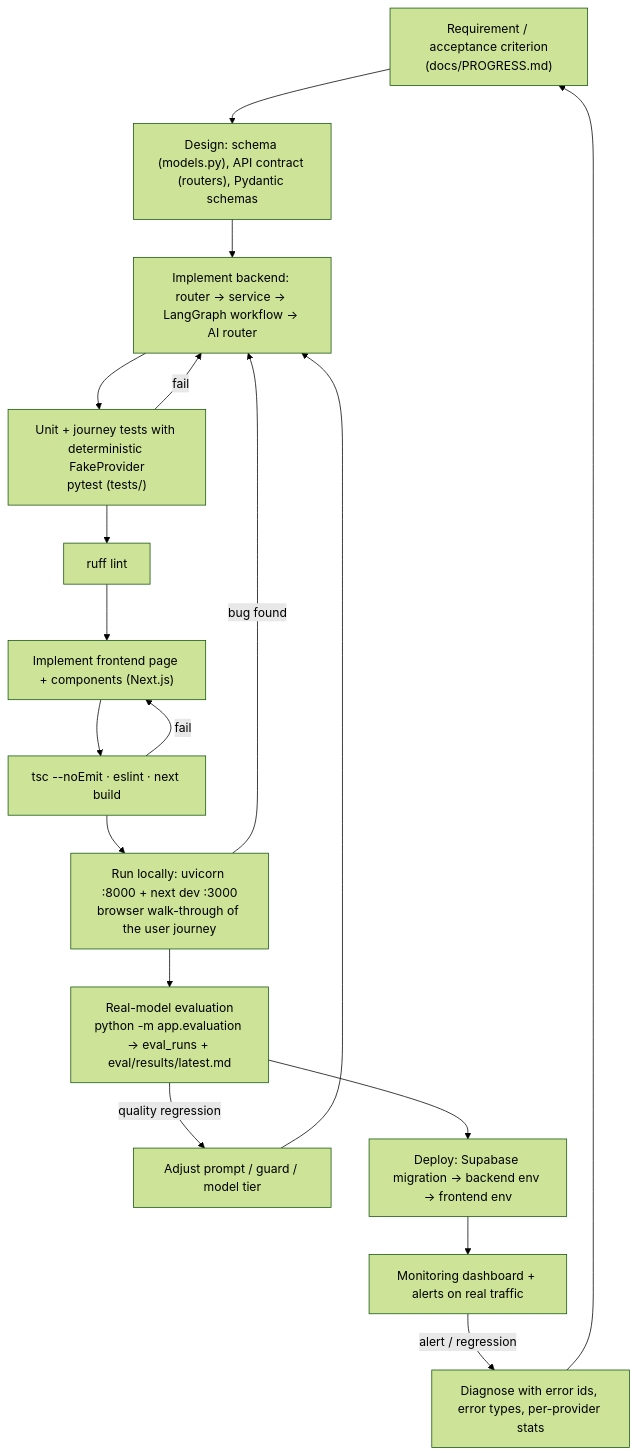
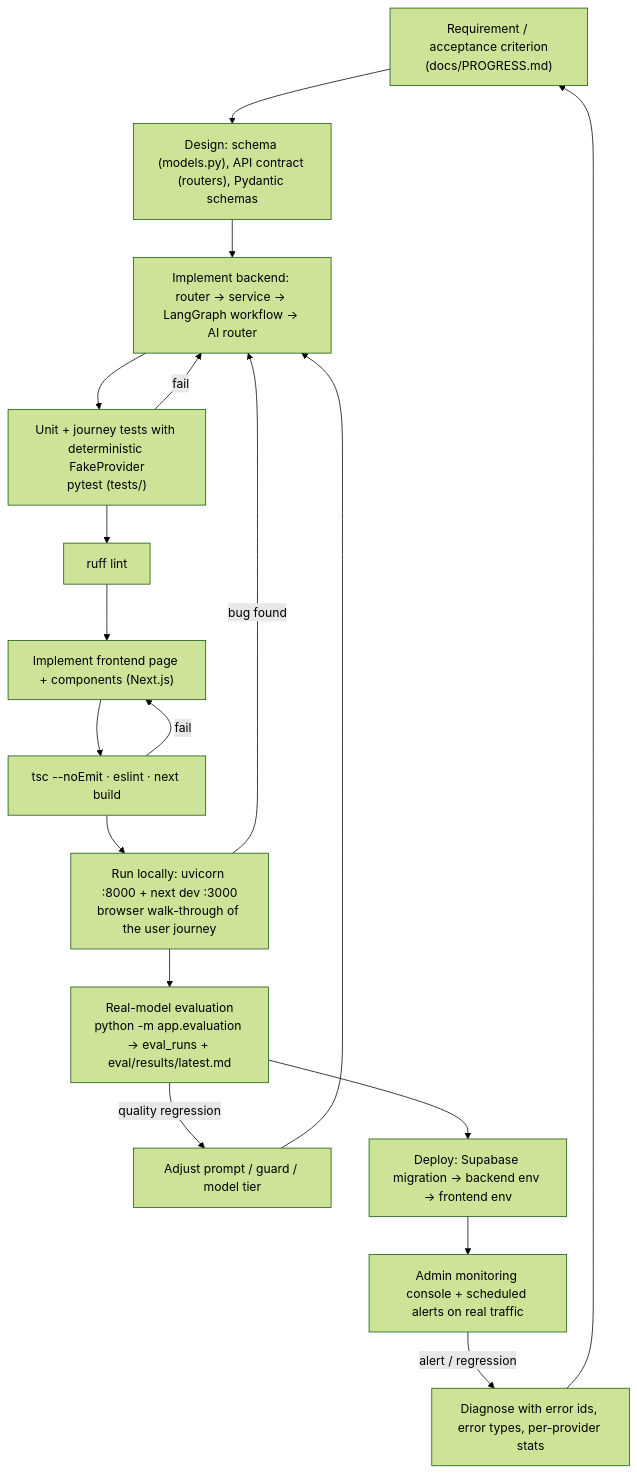
One commit to Nadaalnashwan/wasl changed the second of 2 diagrams in docs/ARCHITECTURE.md. Above: the diagram before and after it, drawn with Mermaid (forest theme). The commit also changed other lines of this file and 50 other files, not shown here.

First line of the commit message:
Fix root causes found by eval v2; admin console; v2 docs

````diff
--- a/docs/ARCHITECTURE.md
+++ b/docs/ARCHITECTURE.md
@@ -134,18 +136,18 @@
 ```mermaid
 flowchart TD
   A["Requirement / acceptance criterion<br/>(docs/PROGRESS.md)"] --> B["Design: schema (models.py), API contract (routers), Pydantic schemas"]
   B --> C["Implement backend: router → service → LangGraph workflow → AI router"]
   C --> D["Unit + journey tests with deterministic FakeProvider<br/>pytest (tests/)"]
   D -->|fail| C
   D --> E["ruff lint"]
   E --> F["Implement frontend page + components (Next.js)"]
   F --> G["tsc --noEmit · eslint · next build"]
   G -->|fail| F
   G --> H["Run locally: uvicorn :8000 + next dev :3000<br/>browser walk-through of the user journey"]
   H -->|bug found| C
   H --> I["Real-model evaluation<br/>python -m app.evaluation → eval_runs + eval/results/latest.md"]
   I -->|quality regression| J["Adjust prompt / guard / model tier"] --> C
   I --> K["Deploy: Supabase migration → backend env → frontend env"]
-  K --> L["Monitoring dashboard + alerts on real traffic"]
+  K --> L["Admin monitoring console + scheduled alerts on real traffic"]
   L -->|alert / regression| M["Diagnose with error ids, error types, per-provider stats"] --> A
 ```
````
